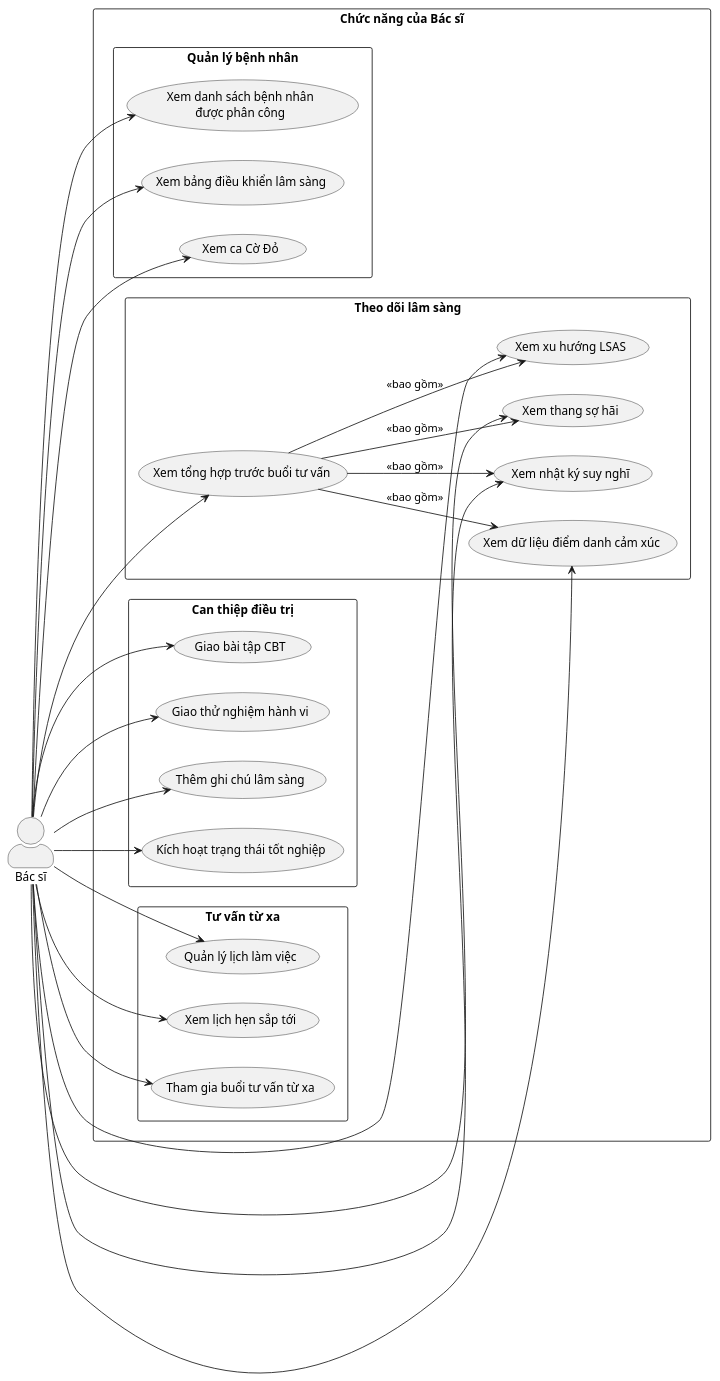
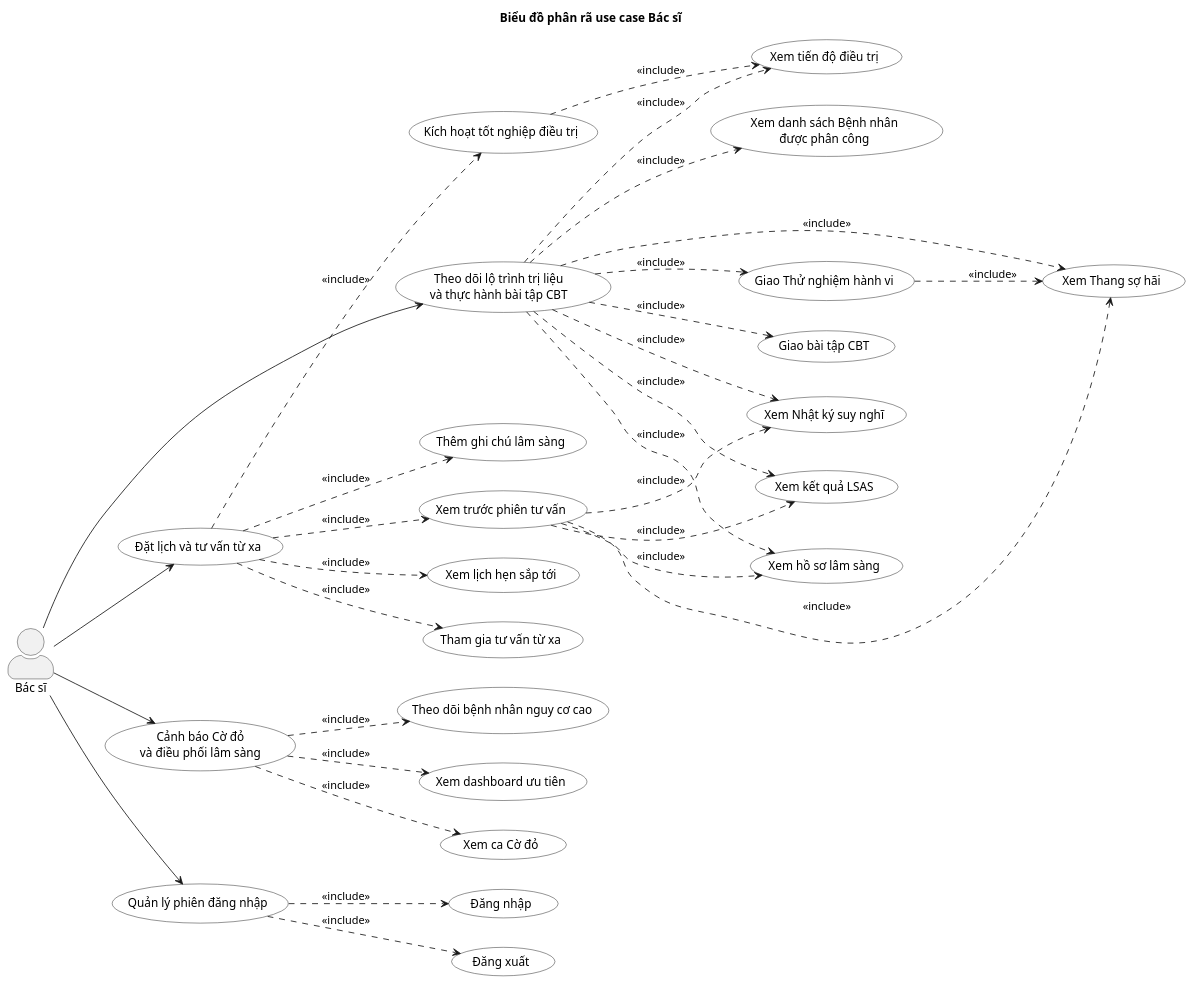
One commit to phuongtech24/do_an changed the diagram in docs/diagrams/Usecase/usecase_therapist.puml. Above: the diagram before and after it, drawn with PlantUML. The commit also changed 5 other files, not shown here.

```diff
--- a/docs/diagrams/Usecase/usecase_therapist.puml
+++ b/docs/diagrams/Usecase/usecase_therapist.puml
@@ -1,59 +1,74 @@
 @startuml
 left to right direction
-skinparam packageStyle rectangle
 skinparam actorStyle awesome
 skinparam defaultFontName Arial
+skinparam usecase {
+  BackgroundColor White
+  BorderColor Black
+}
+
+title Biểu đồ phân rã use case Bác sĩ
 
 actor "Bác sĩ" as Therapist
 
-rectangle "Chức năng của Bác sĩ" {
+usecase "Theo dõi lộ trình trị liệu\nvà thực hành bài tập CBT" as T_CBT
+usecase "Đặt lịch và tư vấn từ xa" as T_TELE
+usecase "Cảnh báo Cờ đỏ\nvà điều phối lâm sàng" as T_RISK
+usecase "Quản lý phiên đăng nhập" as T_AUTH
 
-  package "Quản lý bệnh nhân" {
-    usecase "Xem danh sách bệnh nhân\nđược phân công" as T1
-    usecase "Xem bảng điều khiển lâm sàng" as T2
-    usecase "Xem ca Cờ Đỏ" as T3
-  }
+usecase "Đăng nhập" as T1
+usecase "Đăng xuất" as T2
 
-  package "Theo dõi lâm sàng" {
-    usecase "Xem tổng hợp trước buổi tư vấn" as T4
-    usecase "Xem xu hướng LSAS" as T5
-    usecase "Xem thang sợ hãi" as T6
-    usecase "Xem nhật ký suy nghĩ" as T7
-    usecase "Xem dữ liệu điểm danh cảm xúc" as T8
-  }
+usecase "Xem danh sách Bệnh nhân\nđược phân công" as T3
+usecase "Xem hồ sơ lâm sàng" as T4
+usecase "Xem kết quả LSAS" as T5
+usecase "Xem Thang sợ hãi" as T6
+usecase "Xem Nhật ký suy nghĩ" as T7
+usecase "Xem tiến độ điều trị" as T8
+usecase "Giao bài tập CBT" as T9
+usecase "Giao Thử nghiệm hành vi" as T10
 
-  package "Can thiệp điều trị" {
-    usecase "Giao bài tập CBT" as T9
-    usecase "Giao thử nghiệm hành vi" as T10
-    usecase "Thêm ghi chú lâm sàng" as T11
-    usecase "Kích hoạt trạng thái tốt nghiệp" as T12
-  }
+usecase "Xem lịch hẹn sắp tới" as T11
+usecase "Xem trước phiên tư vấn" as T12
+usecase "Tham gia tư vấn từ xa" as T13
+usecase "Thêm ghi chú lâm sàng" as T14
+usecase "Kích hoạt tốt nghiệp điều trị" as T15
 
-  package "Tư vấn từ xa" {
-    usecase "Quản lý lịch làm việc" as T13
-    usecase "Xem lịch hẹn sắp tới" as T14
-    usecase "Tham gia buổi tư vấn từ xa" as T15
-  }
-}
+usecase "Xem dashboard ưu tiên" as T16
+usecase "Xem ca Cờ đỏ" as T17
+usecase "Theo dõi bệnh nhân nguy cơ cao" as T18
 
-Therapist --> T1
-Therapist --> T2
-Therapist --> T3
-Therapist --> T4
-Therapist --> T5
-Therapist --> T6
-Therapist --> T7
-Therapist --> T8
-Therapist --> T9
-Therapist --> T10
-Therapist --> T11
-Therapist --> T12
-Therapist --> T13
-Therapist --> T14
-Therapist --> T15
+Therapist --> T_AUTH
+Therapist --> T_CBT
+Therapist --> T_TELE
+Therapist --> T_RISK
 
-T4 --> T5 : <<bao gồm>>
-T4 --> T6 : <<bao gồm>>
-T4 --> T7 : <<bao gồm>>
-T4 --> T8 : <<bao gồm>>
+T_AUTH ..> T1 : <<include>>
+T_AUTH ..> T2 : <<include>>
+
+T_CBT ..> T3 : <<include>>
+T_CBT ..> T4 : <<include>>
+T_CBT ..> T5 : <<include>>
+T_CBT ..> T6 : <<include>>
+T_CBT ..> T7 : <<include>>
+T_CBT ..> T8 : <<include>>
+T_CBT ..> T9 : <<include>>
+T_CBT ..> T10 : <<include>>
+T10 ..> T6 : <<include>>
+
+T_TELE ..> T11 : <<include>>
+T_TELE ..> T12 : <<include>>
+T_TELE ..> T13 : <<include>>
+T_TELE ..> T14 : <<include>>
+T_TELE ..> T15 : <<include>>
+T12 ..> T4 : <<include>>
+T12 ..> T5 : <<include>>
+T12 ..> T6 : <<include>>
+T12 ..> T7 : <<include>>
+T15 ..> T8 : <<include>>
+
+T_RISK ..> T16 : <<include>>
+T_RISK ..> T17 : <<include>>
+T_RISK ..> T18 : <<include>>
+
 @enduml
```
